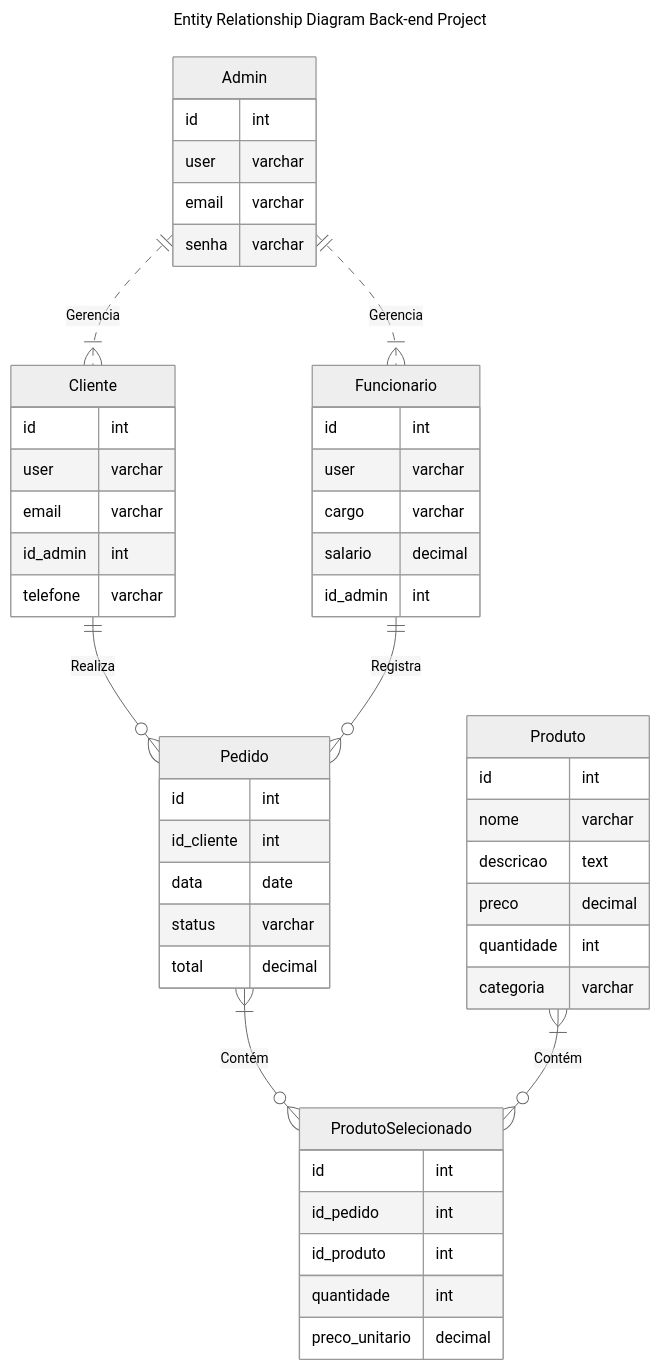
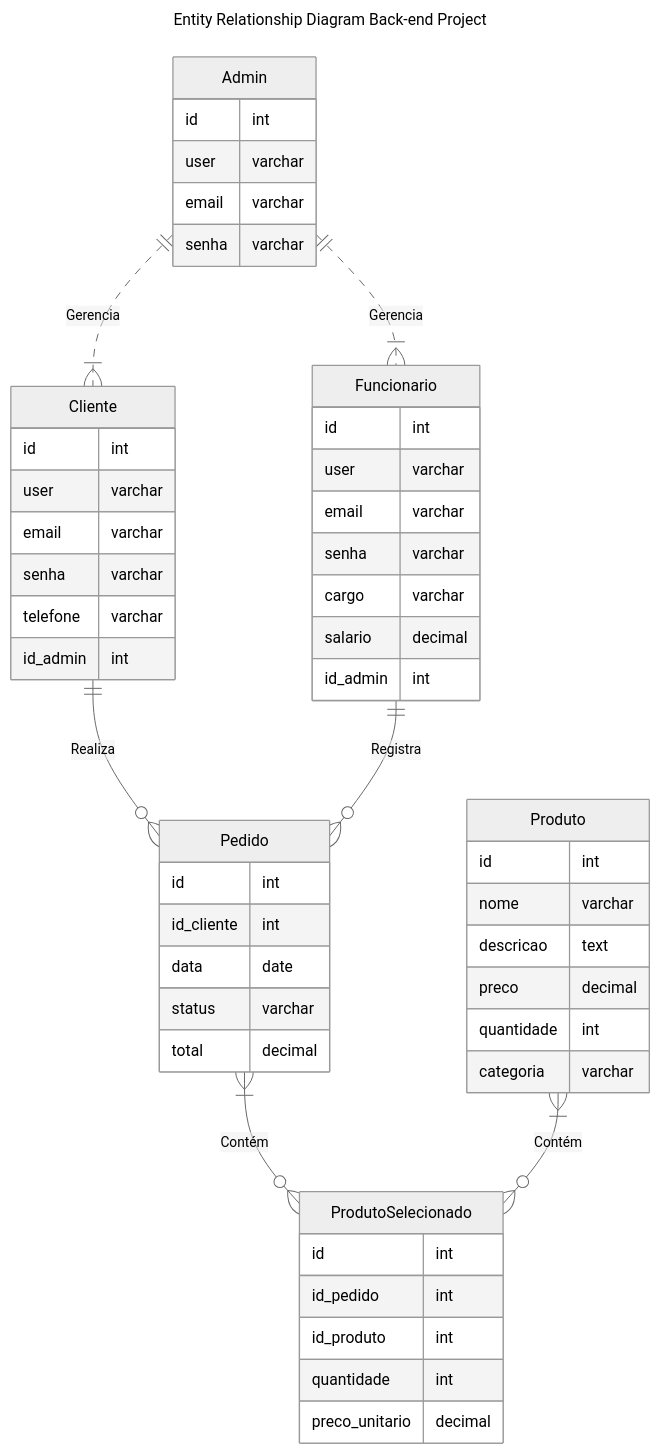
The diagram in diagrams/DER.mmd (Serg-Ale/projeto-backend), drawn with Mermaid (neutral theme) before and after one commit. The commit also changed 10 other files, not shown here.

```diff
--- a/diagrams/DER.mmd
+++ b/diagrams/DER.mmd
@@ -1,58 +1,61 @@
 ---
 title: Entity Relationship Diagram Back-end Project
 ---
 erDiagram
     Cliente {
       id int
       user varchar
       email varchar
+      senha varchar
+      telefone varchar
       id_admin int
-      telefone varchar
     }
 
     Funcionario {
       id int
       user varchar
+      email varchar
+      senha varchar
       cargo varchar
       salario decimal
       id_admin int
     }
 
     Admin {
       id int
       user varchar
       email varchar
       senha varchar
     }
 
     Produto {
       id int
       nome varchar
       descricao text
       preco decimal
       quantidade int
       categoria varchar
     }
 
     Pedido {
       id int
       id_cliente int
       data date
       status varchar
       total decimal
     }
 
     ProdutoSelecionado {
       id int
       id_pedido int
       id_produto int
       quantidade int
       preco_unitario decimal
     }
 
     Cliente ||--o{ Pedido : "Realiza"
     Funcionario ||--o{ Pedido : "Registra"
     Pedido }|--o{ ProdutoSelecionado : "Contém"
     Produto }|--o{ ProdutoSelecionado : "Contém"
     Admin ||..|{ Funcionario : "Gerencia"
     Admin ||..|{ Cliente : "Gerencia"
```
